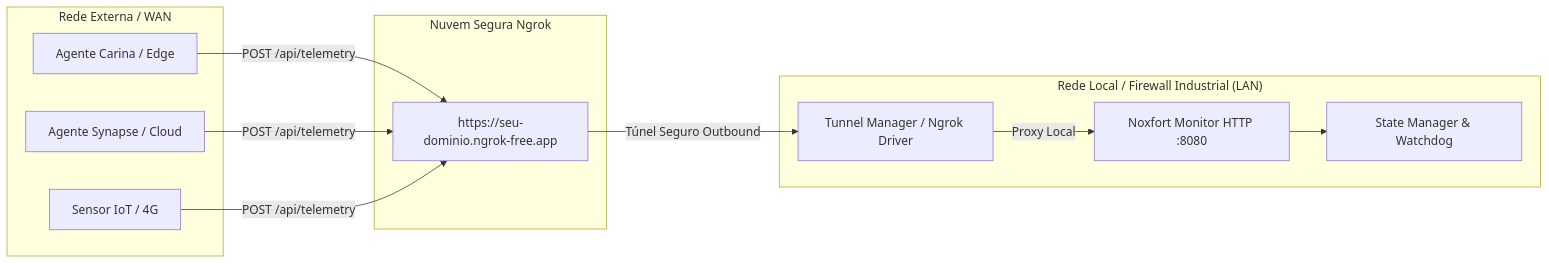
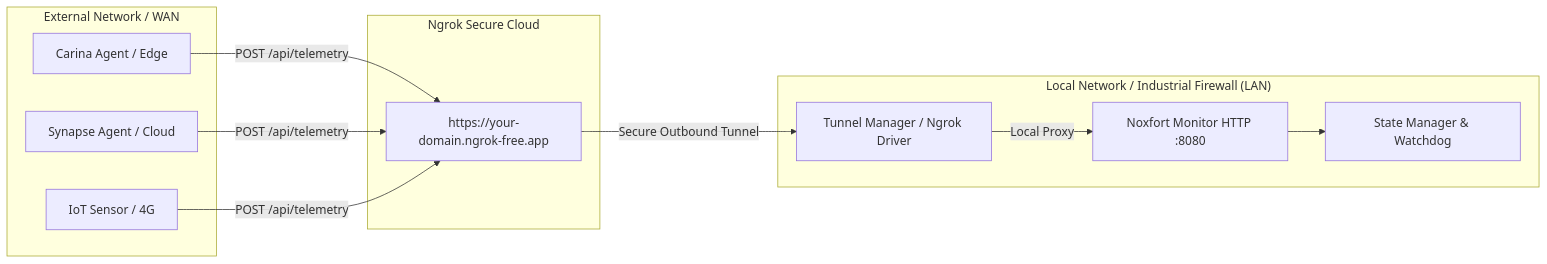
The diagram in docs/REMOTE_ACCESS.md (Noxfort-Systems-Brazil/Monitor), drawn with Mermaid before and after one commit. The commit also changed other lines of this file and 13 other files, not shown here.

````diff
--- a/docs/REMOTE_ACCESS.md
+++ b/docs/REMOTE_ACCESS.md
@@ -15,26 +15,26 @@
 ```mermaid
 graph LR
-    subgraph "Rede Externa / WAN"
-        Carina[Agente Carina / Edge]
-        Synapse[Agente Synapse / Cloud]
-        Sensor[Sensor IoT / 4G]
+    subgraph "External Network / WAN"
+        Carina[Carina Agent / Edge]
+        Synapse[Synapse Agent / Cloud]
+        Sensor[IoT Sensor / 4G]
     end
 
-    subgraph "Nuvem Segura Ngrok"
-        EdgeURL[https://seu-dominio.ngrok-free.app]
+    subgraph "Ngrok Secure Cloud"
+        EdgeURL[https://your-domain.ngrok-free.app]
     end
 
-    subgraph "Rede Local / Firewall Industrial (LAN)"
+    subgraph "Local Network / Industrial Firewall (LAN)"
         TunnelManager[Tunnel Manager / Ngrok Driver]
         MonitorServer[Noxfort Monitor HTTP :8080]
         StateManager[State Manager & Watchdog]
     end
 
     Carina -->|POST /api/telemetry| EdgeURL
     Synapse -->|POST /api/telemetry| EdgeURL
     Sensor -->|POST /api/telemetry| EdgeURL
 
-    EdgeURL -->|Túnel Seguro Outbound| TunnelManager
-    TunnelManager -->|Proxy Local| MonitorServer
+    EdgeURL -->|Secure Outbound Tunnel| TunnelManager
+    TunnelManager -->|Local Proxy| MonitorServer
     MonitorServer --> StateManager
 ```
````
